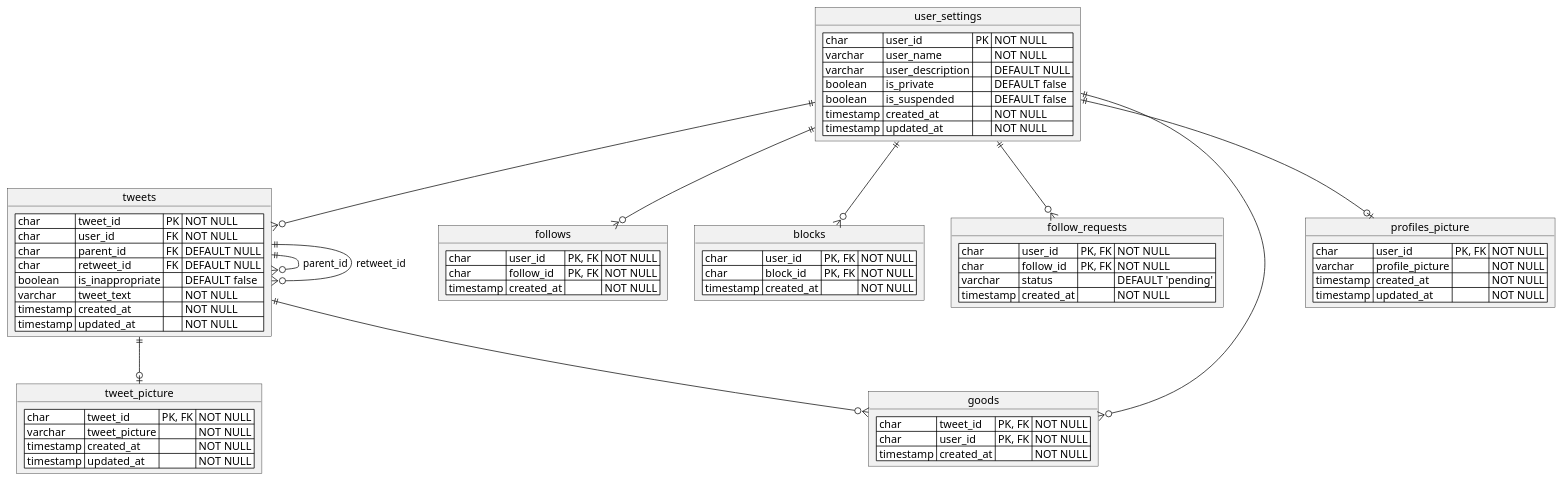
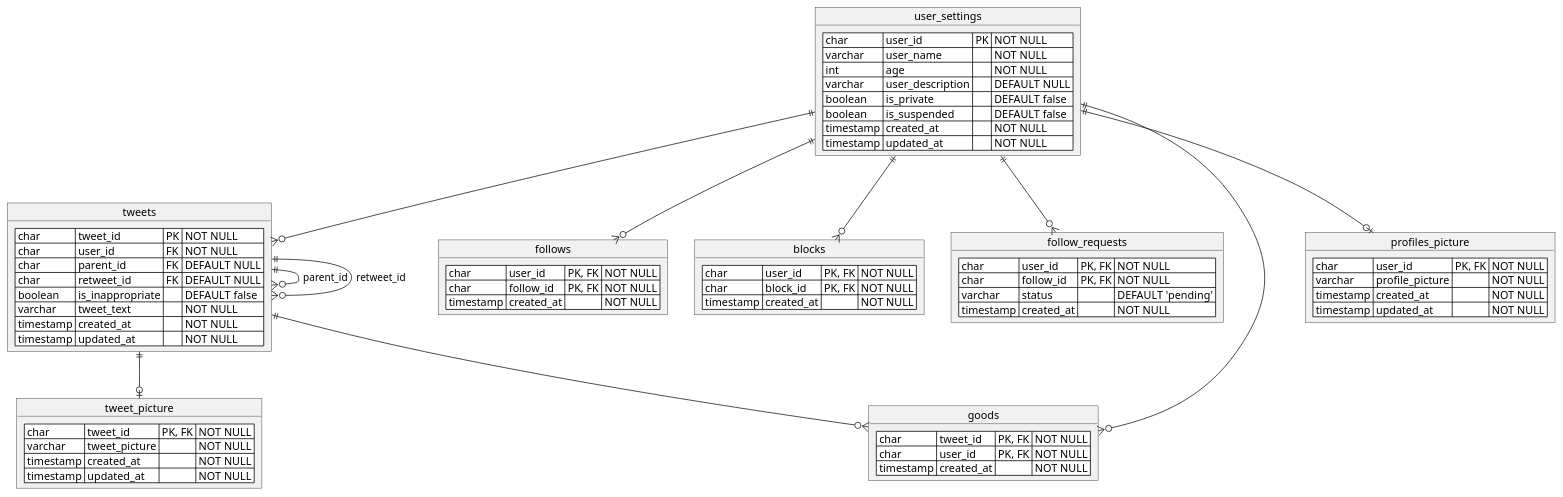
Before and after one commit to tetsushi-yamada/hackathon_backend: the diagram in docs/erd.puml, drawn with PlantUML. The commit also changed 6 other files, not shown here.

```diff
--- a/docs/erd.puml
+++ b/docs/erd.puml
@@ -1,75 +1,76 @@
 @startuml
 
 object user_settings {
     <#white>| char | user_id | PK | NOT NULL |
     <#white>| varchar | user_name | | NOT NULL |
+    <#white>| int | age | | NOT NULL |
     <#white>| varchar | user_description | | DEFAULT NULL |
     <#white>| boolean | is_private | | DEFAULT false |
     <#white>| boolean | is_suspended | | DEFAULT false |
     <#white>| timestamp | created_at | | NOT NULL |
     <#white>| timestamp | updated_at | | NOT NULL |
 }
 
 object tweets {
     <#white>| char | tweet_id | PK | NOT NULL |
     <#white>| char | user_id | FK | NOT NULL |
     <#white>| char | parent_id | FK | DEFAULT NULL |
     <#white>| char | retweet_id | FK | DEFAULT NULL |
     <#white>| boolean | is_inappropriate | | DEFAULT false |
     <#white>| varchar | tweet_text | | NOT NULL |
     <#white>| timestamp | created_at | | NOT NULL |
     <#white>| timestamp | updated_at | | NOT NULL |
 }
 
 object follows {
     <#white>| char | user_id | PK, FK | NOT NULL |
     <#white>| char | follow_id | PK, FK | NOT NULL |
     <#white>| timestamp | created_at | | NOT NULL |
 }
 
 object blocks {
     <#white>| char | user_id | PK, FK | NOT NULL |
     <#white>| char | block_id | PK, FK | NOT NULL |
     <#white>| timestamp | created_at | | NOT NULL |
 
 }
 
 object follow_requests {
     <#white>| char | user_id | PK, FK | NOT NULL |
     <#white>| char | follow_id | PK, FK | NOT NULL |
     <#white>| varchar | status | | DEFAULT 'pending' |
     <#white>| timestamp | created_at | | NOT NULL |
 }
 
 object goods {
     <#white>| char | tweet_id | PK, FK | NOT NULL |
     <#white>| char | user_id | PK, FK | NOT NULL |
     <#white>| timestamp | created_at | | NOT NULL |
 }
 
 object profiles_picture {
     <#white>| char | user_id | PK, FK | NOT NULL |
     <#white>| varchar | profile_picture | | NOT NULL |
     <#white>| timestamp | created_at | | NOT NULL |
     <#white>| timestamp | updated_at | | NOT NULL |
 }
 
 object tweet_picture {
     <#white>| char | tweet_id | PK, FK | NOT NULL |
     <#white>| varchar | tweet_picture | | NOT NULL |
     <#white>| timestamp | created_at | | NOT NULL |
     <#white>| timestamp | updated_at | | NOT NULL |
 }
 
 user_settings ||--o{ tweets
 user_settings ||--o{ follows
 user_settings ||--o{ follow_requests
 user_settings ||--o{ blocks
 tweets ||--o{ goods
 user_settings ||--o{ goods
 tweets ||--o{ tweets : parent_id
 tweets ||--o{ tweets : retweet_id
 user_settings ||--o| profiles_picture
 tweets ||--o| tweet_picture
 
 @enduml
```
